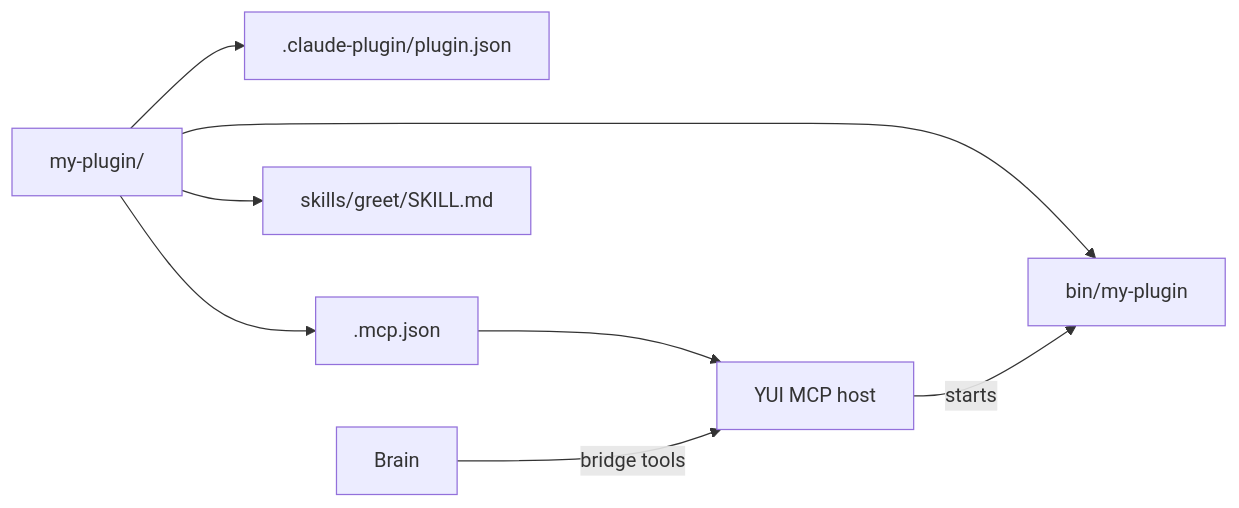
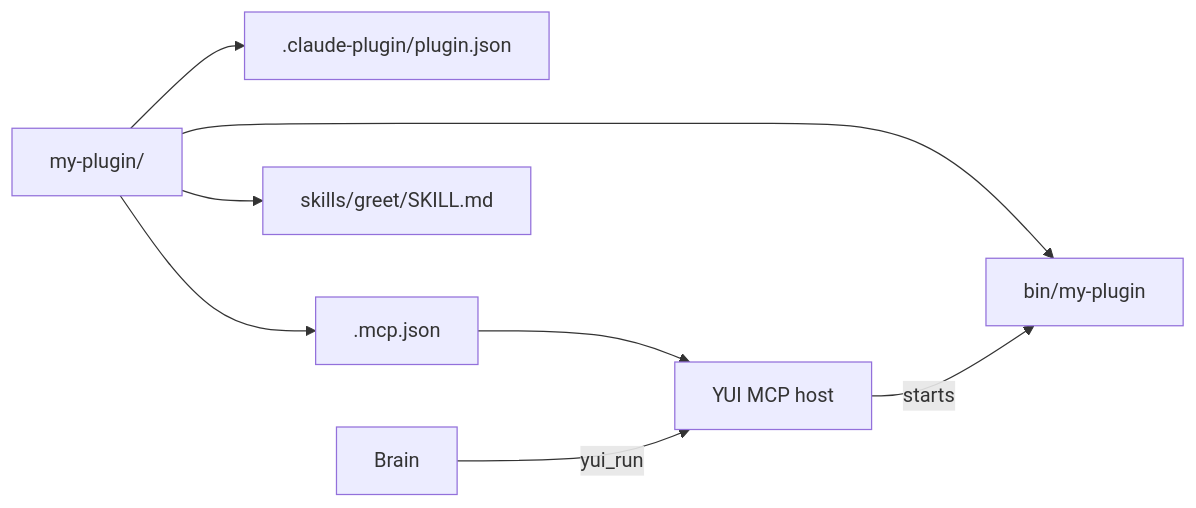
Before and after one commit to yw0nam/YUI: the diagram in docs/guide/write-a-plugin.md, drawn with Mermaid. The commit also changed other lines of this file and 93 other files, not shown here.

First line of the commit message:
feat!: the backend reaches look, Threads, terminals, plugins and the guides through yui_run (#2148)

````diff
--- a/docs/guide/write-a-plugin.md
+++ b/docs/guide/write-a-plugin.md
@@ -11,10 +11,10 @@
 ```mermaid
 flowchart LR
   folder["my-plugin/"] --> manifest[".claude-plugin/plugin.json"]
   folder --> mcp[".mcp.json"]
   folder --> server["bin/my-plugin"]
   folder --> skills["skills/greet/SKILL.md"]
   mcp --> host["YUI MCP host"]
   host -->|"starts"| server
-  brain["Brain"] -->|"bridge tools"| host
+  brain["Brain"] -->|"yui_run"| host
 ```
````
